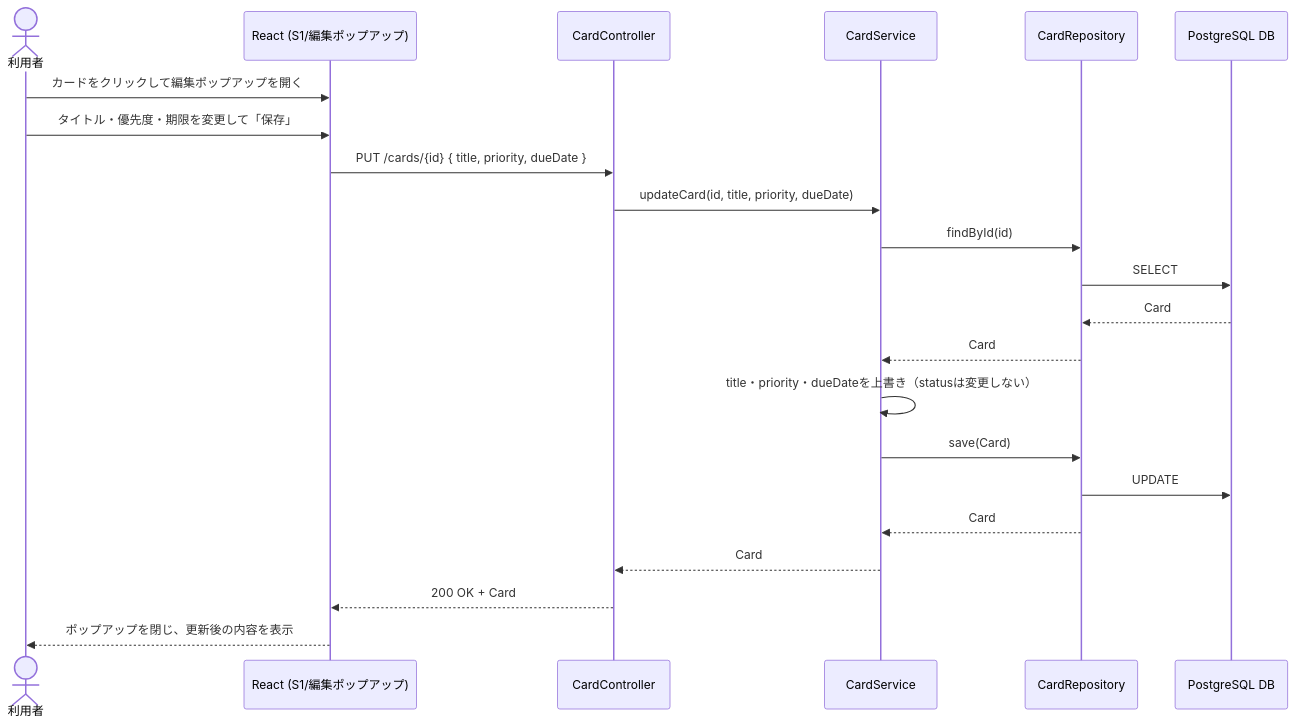
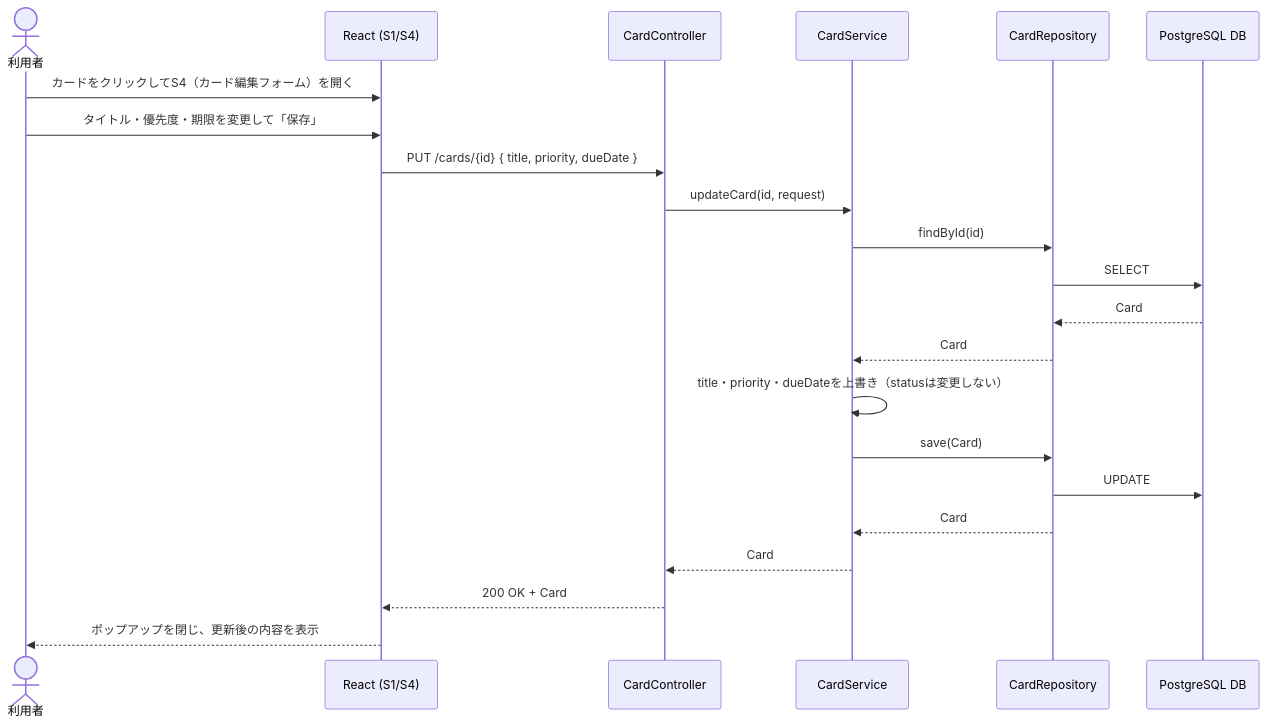
One commit to takahiromorikawa/TaskManagement changed the sixth of 6 diagrams in docs/api.md. Above: the diagram before and after it, drawn with Mermaid. The commit also changed other lines of this file and 6 other files, not shown here.

````diff
--- a/docs/api.md
+++ b/docs/api.md
@@ -161,25 +174,25 @@
 ```mermaid
 sequenceDiagram
     actor User as 利用者
-    participant FE as React (S1/編集ポップアップ)
+    participant FE as React (S1/S4)
     participant API as CardController
     participant SVC as CardService
     participant REPO as CardRepository
     participant DB as PostgreSQL DB
 
-    User->>FE: カードをクリックして編集ポップアップを開く
+    User->>FE: カードをクリックしてS4（カード編集フォーム）を開く
     User->>FE: タイトル・優先度・期限を変更して「保存」
     FE->>API: PUT /cards/{id} { title, priority, dueDate }
-    API->>SVC: updateCard(id, title, priority, dueDate)
+    API->>SVC: updateCard(id, request)
     SVC->>REPO: findById(id)
     REPO->>DB: SELECT
     DB-->>REPO: Card
     REPO-->>SVC: Card
     SVC->>SVC: title・priority・dueDateを上書き（statusは変更しない）
     SVC->>REPO: save(Card)
     REPO->>DB: UPDATE
     REPO-->>SVC: Card
     SVC-->>API: Card
     API-->>FE: 200 OK + Card
     FE-->>User: ポップアップを閉じ、更新後の内容を表示
 ```
````
